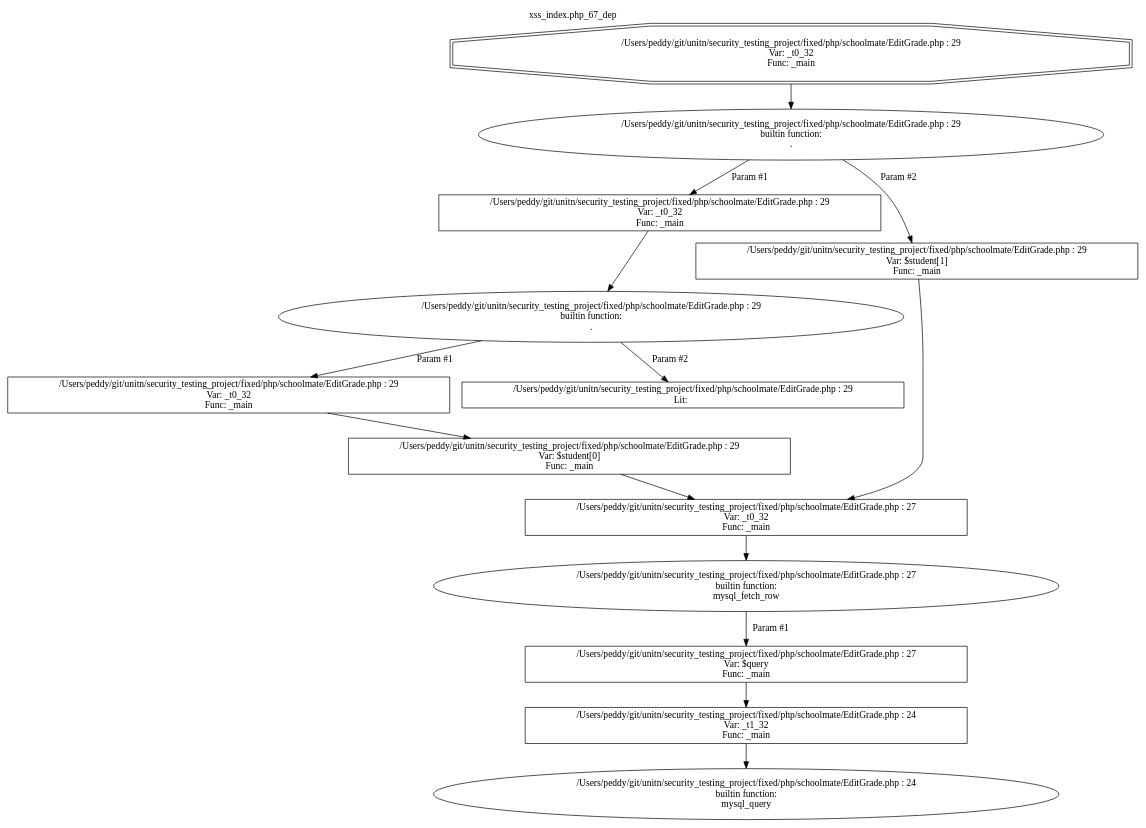
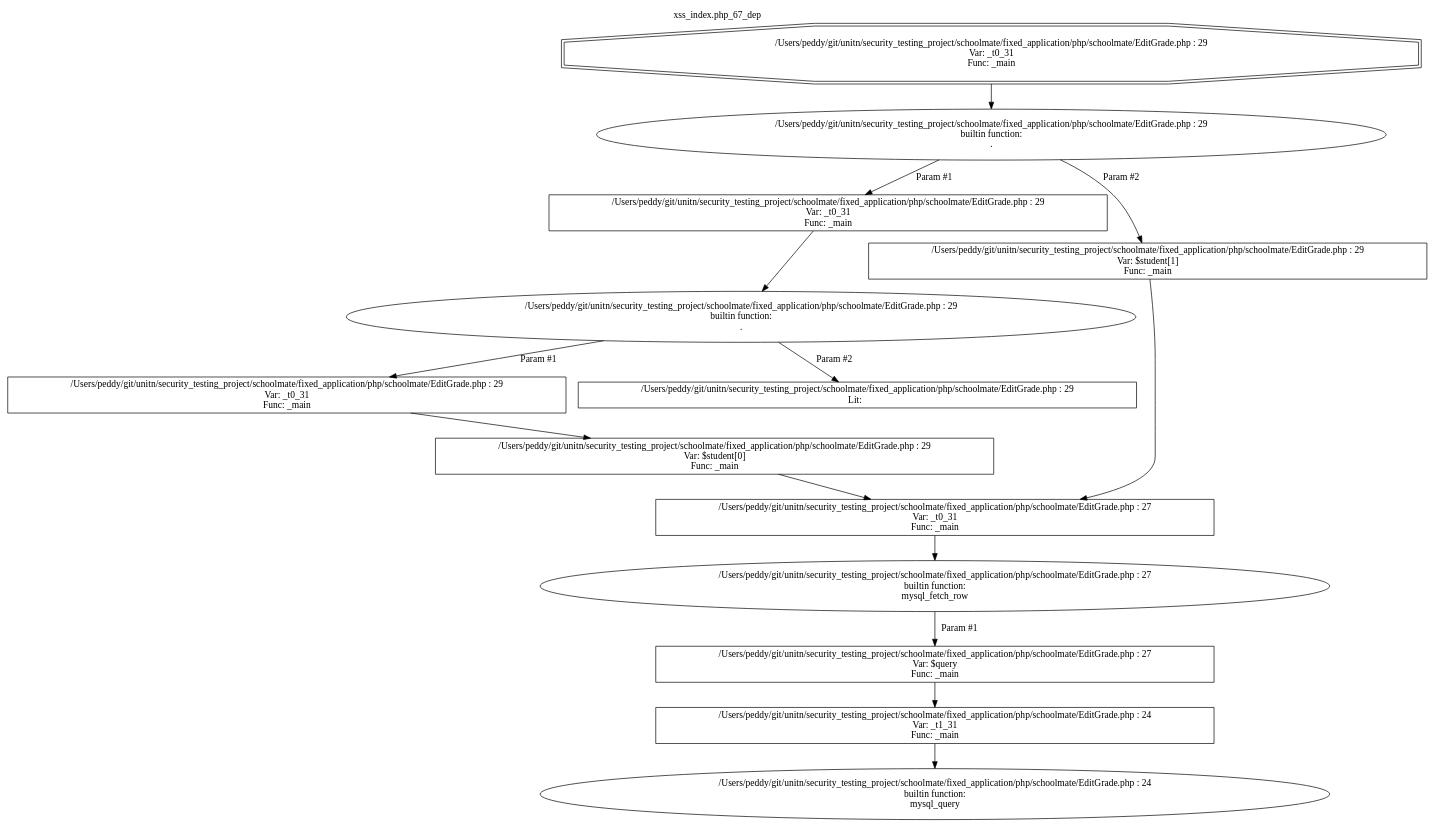
Before and after one commit to davidepedranz/security_testing_project: the diagram in taint_analysis/fixed_app/dot/dep/xss_index.php_67_dep.dot, drawn with Graphviz. The commit also changed 1616 other files, not shown here.

```diff
--- a/taint_analysis/fixed_app/dot/dep/xss_index.php_67_dep.dot
+++ b/taint_analysis/fixed_app/dot/dep/xss_index.php_67_dep.dot
@@ -1,30 +1,30 @@
 digraph cfg {
   label="xss_index.php_67_dep";
   labelloc=t;
-  n1 [shape=doubleoctagon, label="/Users/peddy/git/unitn/security_testing_project/fixed/php/schoolmate/EditGrade.php : 29\nVar: _t0_32\nFunc: _main\n"];
-  n2 [shape=ellipse, label="/Users/peddy/git/unitn/security_testing_project/fixed/php/schoolmate/EditGrade.php : 29\nbuiltin function:\n.\n"];
-  n3 [shape=box, label="/Users/peddy/git/unitn/security_testing_project/fixed/php/schoolmate/EditGrade.php : 29\nVar: _t0_32\nFunc: _main\n"];
-  n4 [shape=ellipse, label="/Users/peddy/git/unitn/security_testing_project/fixed/php/schoolmate/EditGrade.php : 29\nbuiltin function:\n.\n"];
-  n5 [shape=box, label="/Users/peddy/git/unitn/security_testing_project/fixed/php/schoolmate/EditGrade.php : 29\nVar: _t0_32\nFunc: _main\n"];
-  n6 [shape=box, label="/Users/peddy/git/unitn/security_testing_project/fixed/php/schoolmate/EditGrade.php : 29\nVar: $student[0]\nFunc: _main\n"];
-  n7 [shape=box, label="/Users/peddy/git/unitn/security_testing_project/fixed/php/schoolmate/EditGrade.php : 27\nVar: _t0_32\nFunc: _main\n"];
-  n8 [shape=ellipse, label="/Users/peddy/git/unitn/security_testing_project/fixed/php/schoolmate/EditGrade.php : 27\nbuiltin function:\nmysql_fetch_row\n"];
-  n9 [shape=box, label="/Users/peddy/git/unitn/security_testing_project/fixed/php/schoolmate/EditGrade.php : 27\nVar: $query\nFunc: _main\n"];
-  n10 [shape=box, label="/Users/peddy/git/unitn/security_testing_project/fixed/php/schoolmate/EditGrade.php : 24\nVar: _t1_32\nFunc: _main\n"];
-  n11 [shape=ellipse, label="/Users/peddy/git/unitn/security_testing_project/fixed/php/schoolmate/EditGrade.php : 24\nbuiltin function:\nmysql_query\n"];
-  n12 [shape=box, label="/Users/peddy/git/unitn/security_testing_project/fixed/php/schoolmate/EditGrade.php : 29\nLit:  \n"];
-  n13 [shape=box, label="/Users/peddy/git/unitn/security_testing_project/fixed/php/schoolmate/EditGrade.php : 29\nVar: $student[1]\nFunc: _main\n"];
+  n1 [shape=doubleoctagon, label="/Users/peddy/git/unitn/security_testing_project/schoolmate/fixed_application/php/schoolmate/EditGrade.php : 29\nVar: _t0_31\nFunc: _main\n"];
+  n2 [shape=ellipse, label="/Users/peddy/git/unitn/security_testing_project/schoolmate/fixed_application/php/schoolmate/EditGrade.php : 29\nbuiltin function:\n.\n"];
+  n3 [shape=box, label="/Users/peddy/git/unitn/security_testing_project/schoolmate/fixed_application/php/schoolmate/EditGrade.php : 29\nVar: _t0_31\nFunc: _main\n"];
+  n4 [shape=ellipse, label="/Users/peddy/git/unitn/security_testing_project/schoolmate/fixed_application/php/schoolmate/EditGrade.php : 29\nbuiltin function:\n.\n"];
+  n5 [shape=box, label="/Users/peddy/git/unitn/security_testing_project/schoolmate/fixed_application/php/schoolmate/EditGrade.php : 29\nVar: _t0_31\nFunc: _main\n"];
+  n6 [shape=box, label="/Users/peddy/git/unitn/security_testing_project/schoolmate/fixed_application/php/schoolmate/EditGrade.php : 29\nVar: $student[0]\nFunc: _main\n"];
+  n7 [shape=box, label="/Users/peddy/git/unitn/security_testing_project/schoolmate/fixed_application/php/schoolmate/EditGrade.php : 27\nVar: _t0_31\nFunc: _main\n"];
+  n8 [shape=ellipse, label="/Users/peddy/git/unitn/security_testing_project/schoolmate/fixed_application/php/schoolmate/EditGrade.php : 27\nbuiltin function:\nmysql_fetch_row\n"];
+  n9 [shape=box, label="/Users/peddy/git/unitn/security_testing_project/schoolmate/fixed_application/php/schoolmate/EditGrade.php : 27\nVar: $query\nFunc: _main\n"];
+  n10 [shape=box, label="/Users/peddy/git/unitn/security_testing_project/schoolmate/fixed_application/php/schoolmate/EditGrade.php : 24\nVar: _t1_31\nFunc: _main\n"];
+  n11 [shape=ellipse, label="/Users/peddy/git/unitn/security_testing_project/schoolmate/fixed_application/php/schoolmate/EditGrade.php : 24\nbuiltin function:\nmysql_query\n"];
+  n12 [shape=box, label="/Users/peddy/git/unitn/security_testing_project/schoolmate/fixed_application/php/schoolmate/EditGrade.php : 29\nLit:  \n"];
+  n13 [shape=box, label="/Users/peddy/git/unitn/security_testing_project/schoolmate/fixed_application/php/schoolmate/EditGrade.php : 29\nVar: $student[1]\nFunc: _main\n"];
   n1 -> n2;
   n3 -> n4;
   n7 -> n8;
   n10 -> n11;
   n9 -> n10;
   n8 -> n9[label="Param #1"];
   n6 -> n7;
   n5 -> n6;
   n4 -> n5[label="Param #1"];
   n4 -> n12[label="Param #2"];
   n2 -> n3[label="Param #1"];
   n2 -> n13[label="Param #2"];
   n13 -> n7;
 }
```
